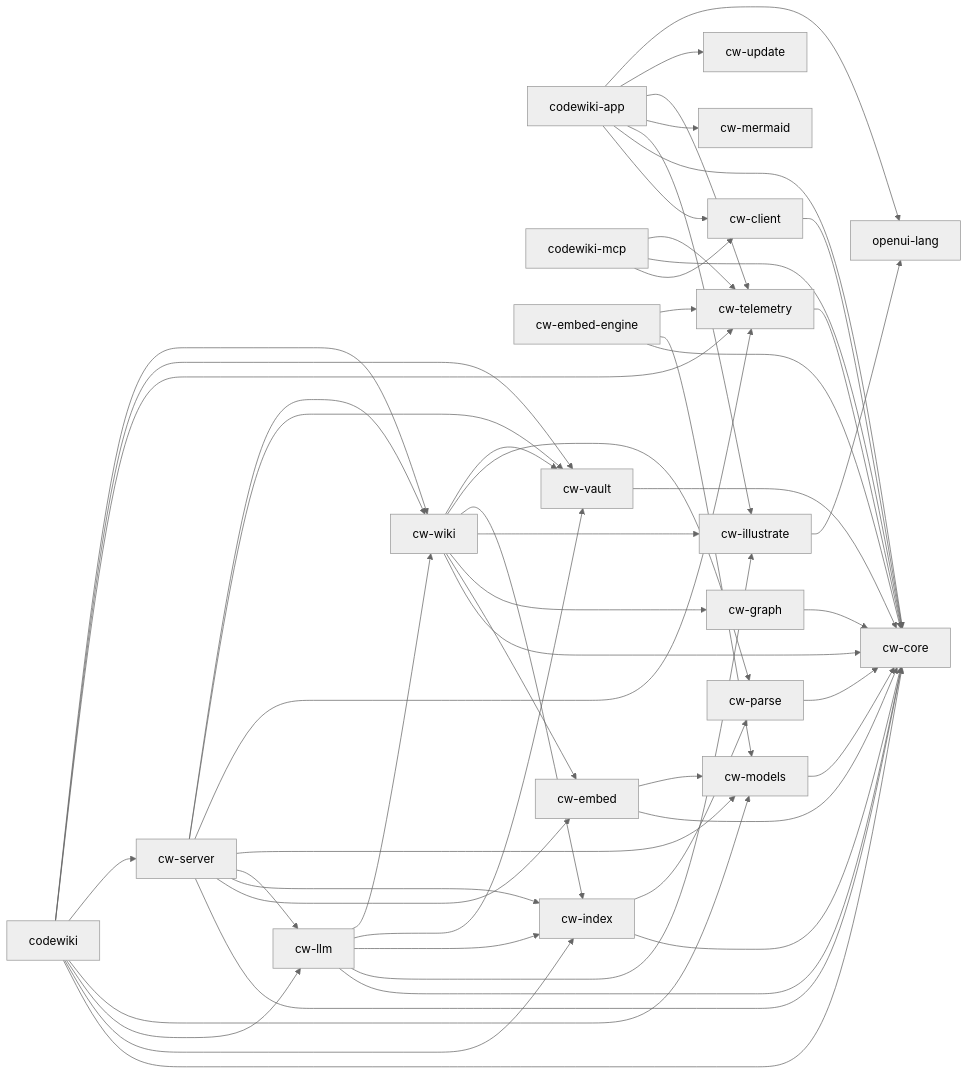
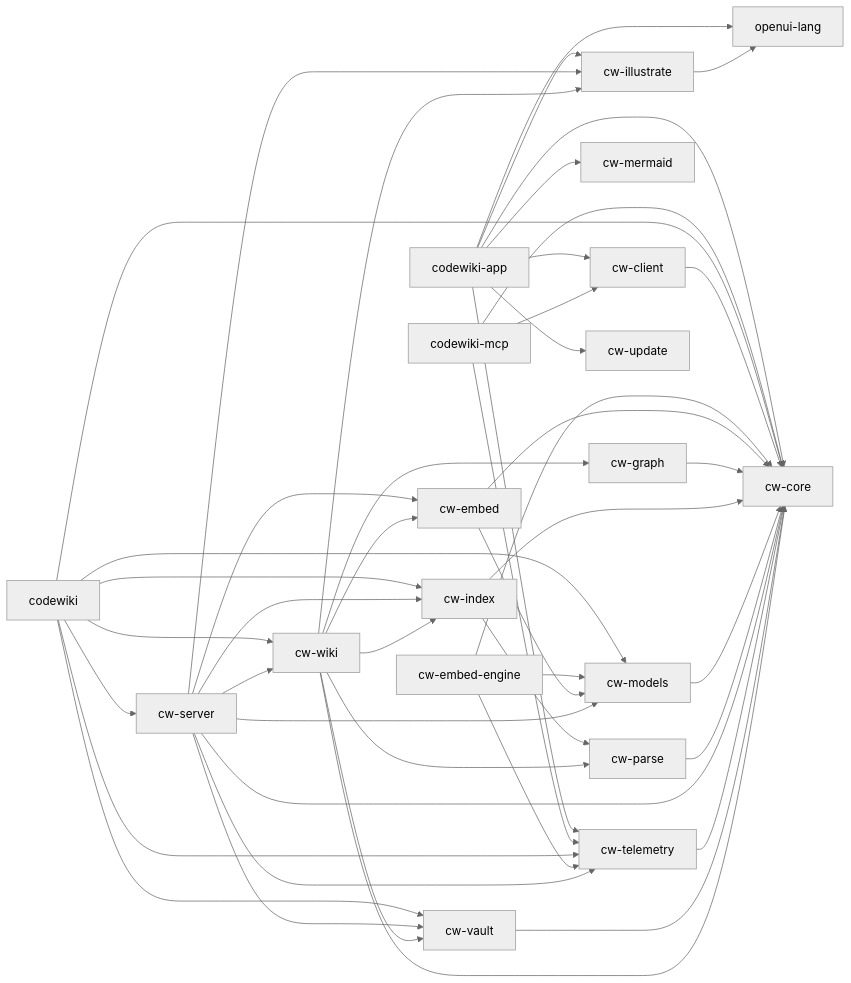
Before and after one commit to Fly-onlyone/CodeWiki: the diagram in obsidian/00-Architecture/Crate Dependency Flow.md, drawn with Mermaid (neutral theme). The commit also changed other lines of this file and 378 other files, not shown here.

````diff
--- a/obsidian/00-Architecture/Crate Dependency Flow.md
+++ b/obsidian/00-Architecture/Crate Dependency Flow.md
@@ -34,75 +33,68 @@
 ```mermaid
 flowchart LR
     n0[codewiki-app]
     n1[codewiki-mcp]
     n2[codewiki]
     n3[cw-client]
     n4[cw-core]
     n5[cw-embed-engine]
     n6[cw-embed]
     n7[cw-graph]
     n8[cw-illustrate]
     n9[cw-index]
-    n10[cw-llm]
-    n11[cw-mermaid]
-    n12[cw-models]
-    n13[cw-parse]
-    n14[cw-server]
-    n15[cw-telemetry]
-    n16[cw-update]
-    n17[cw-vault]
-    n18[cw-wiki]
-    n19[openui-lang]
+    n10[cw-mermaid]
+    n11[cw-models]
+    n12[cw-parse]
+    n13[cw-server]
+    n14[cw-telemetry]
+    n15[cw-update]
+    n16[cw-vault]
+    n17[cw-wiki]
+    n18[openui-lang]
     n0 --> n3
     n0 --> n4
     n0 --> n8
-    n0 --> n11
+    n0 --> n10
+    n0 --> n14
     n0 --> n15
-    n0 --> n16
-    n0 --> n19
+    n0 --> n18
     n1 --> n3
     n1 --> n4
-    n1 --> n15
+    n1 --> n14
     n2 --> n4
     n2 --> n9
-    n2 --> n10
-    n2 --> n12
+    n2 --> n11
+    n2 --> n13
     n2 --> n14
-    n2 --> n15
+    n2 --> n16
     n2 --> n17
-    n2 --> n18
     n3 --> n4
     n5 --> n4
-    n5 --> n12
-    n5 --> n15
+    n5 --> n11
+    n5 --> n14
     n6 --> n4
-    n6 --> n12
+    n6 --> n11
     n7 --> n4
-    n8 --> n19
+    n8 --> n18
     n9 --> n4
-    n9 --> n13
-    n10 --> n4
-    n10 --> n8
-    n10 --> n9
-    n10 --> n17
-    n10 --> n18
+    n9 --> n12
+    n11 --> n4
     n12 --> n4
     n13 --> n4
+    n13 --> n6
+    n13 --> n8
+    n13 --> n9
+    n13 --> n11
+    n13 --> n14
+    n13 --> n16
+    n13 --> n17
     n14 --> n4
-    n14 --> n6
-    n14 --> n9
-    n14 --> n10
-    n14 --> n12
-    n14 --> n15
-    n14 --> n17
-    n14 --> n18
-    n15 --> n4
+    n16 --> n4
     n17 --> n4
-    n18 --> n4
-    n18 --> n6
-    n18 --> n7
-    n18 --> n8
-    n18 --> n9
-    n18 --> n13
-    n18 --> n17
+    n17 --> n6
+    n17 --> n7
+    n17 --> n8
+    n17 --> n9
+    n17 --> n12
+    n17 --> n16
 ```
````
